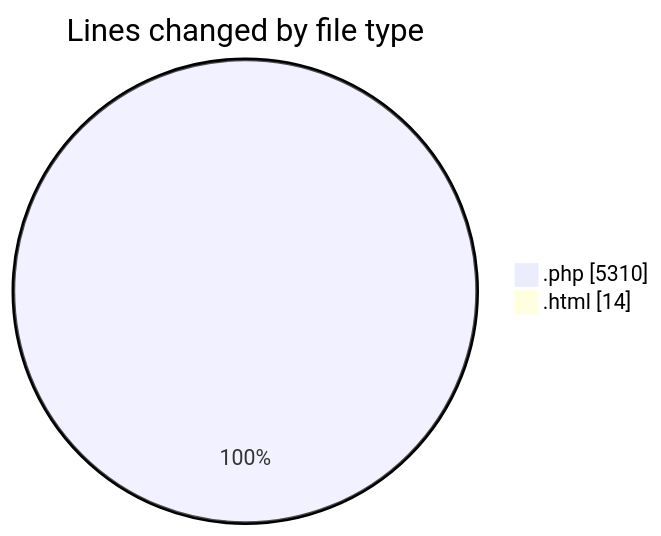
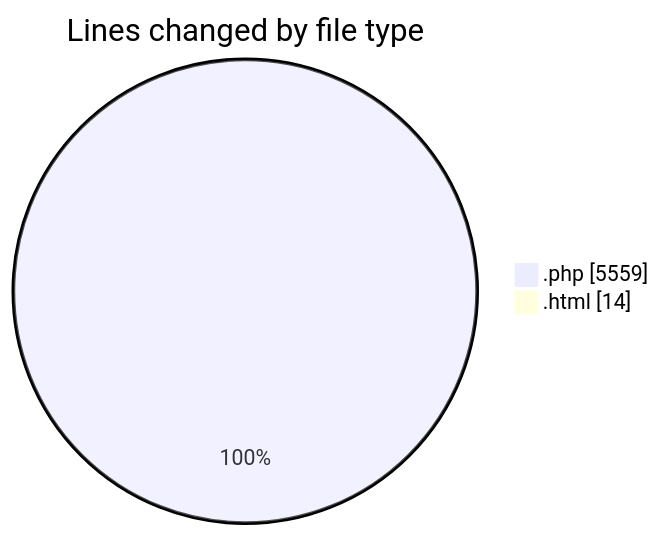
Before and after one commit to vahidmafi/code-tracking: the first of 2 diagrams in 2025-09-13/shop/README.md, drawn with Mermaid. The commit also changed other lines of this file and 1 other file, not shown here.

````diff
--- a/2025-09-13/shop/README.md
+++ b/2025-09-13/shop/README.md
@@ -23,6 +24,6 @@
 ```mermaid
 pie showData
 title Lines changed by file type
-".php" : 5310
+".php" : 5559
 ".html" : 14
 ```
````
